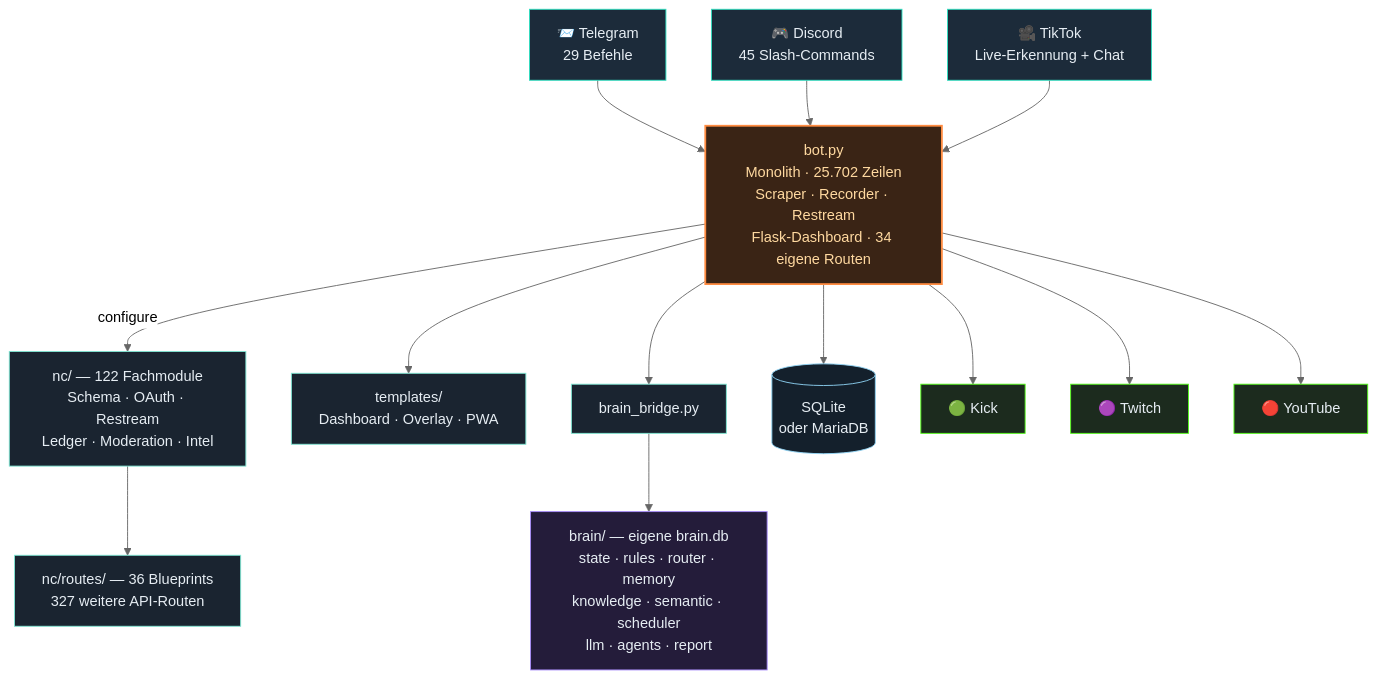
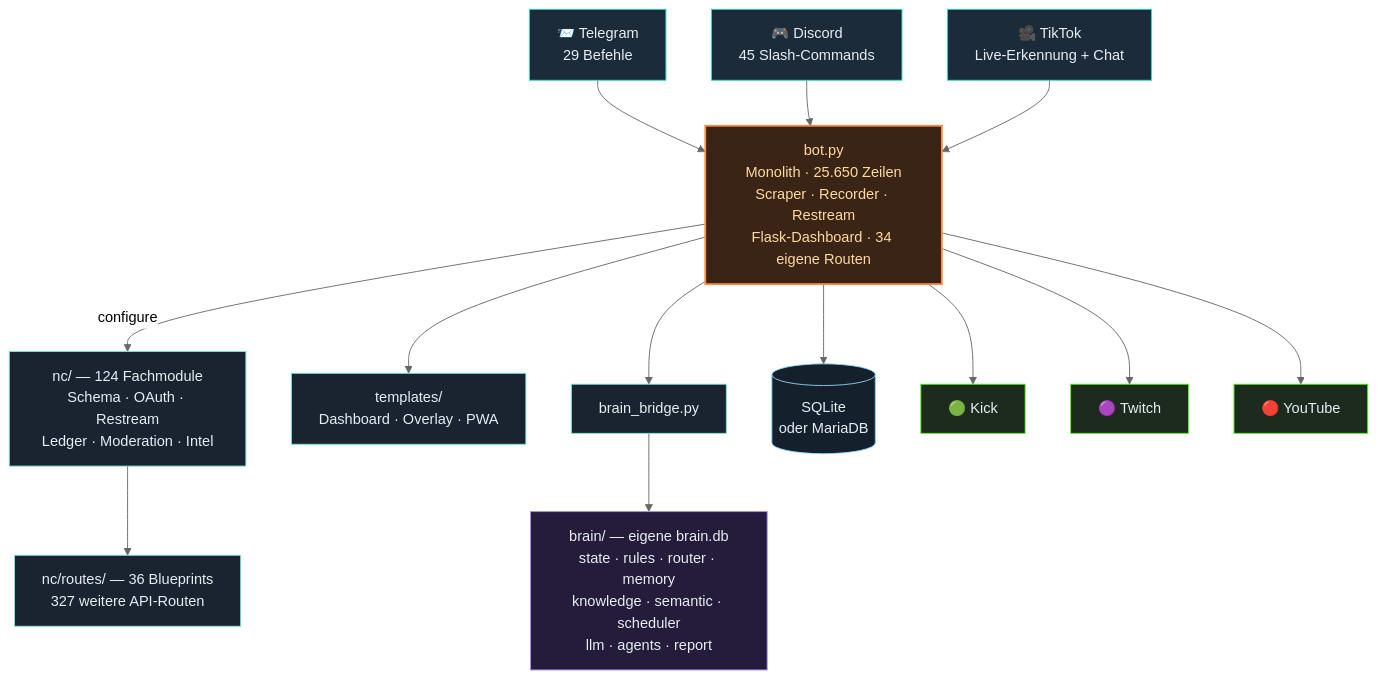
One commit to itsamemedev/Telegram-Stream-Info-Bot changed the third of 4 diagrams in README.md. Above: the diagram before and after it, drawn with Mermaid (neutral theme). The commit also changed other lines of this file and 9 other files, not shown here.

````diff
--- a/README.md
+++ b/README.md
@@ -189,30 +189,30 @@
 ```mermaid
 flowchart TB
     TG["📨 Telegram<br/>29 Befehle"]:::ein
     DC["🎮 Discord<br/>45 Slash-Commands"]:::ein
     TT["🎥 TikTok<br/>Live-Erkennung + Chat"]:::ein
 
     TG --> BOT
     DC --> BOT
     TT --> BOT
 
-    BOT["bot.py<br/>Monolith · 25.702 Zeilen<br/>Scraper · Recorder · Restream<br/>Flask-Dashboard · 34 eigene Routen"]:::core
+    BOT["bot.py<br/>Monolith · 25.650 Zeilen<br/>Scraper · Recorder · Restream<br/>Flask-Dashboard · 34 eigene Routen"]:::core
 
-    BOT -->|configure| NC["nc/ — 122 Fachmodule<br/>Schema · OAuth · Restream<br/>Ledger · Moderation · Intel"]:::lib
+    BOT -->|configure| NC["nc/ — 124 Fachmodule<br/>Schema · OAuth · Restream<br/>Ledger · Moderation · Intel"]:::lib
     NC --> RT["nc/routes/ — 36 Blueprints<br/>327 weitere API-Routen"]:::lib
     BOT --> TPL["templates/<br/>Dashboard · Overlay · PWA"]:::lib
     BOT --> BR["brain_bridge.py"]:::lib
     BR --> BRAIN["brain/ — eigene brain.db<br/>state · rules · router · memory<br/>knowledge · semantic · scheduler<br/>llm · agents · report"]:::brain
     BOT --> DB[("SQLite<br/>oder MariaDB")]:::db
 
     BOT --> KICK["🟢 Kick"]:::out
     BOT --> TW["🟣 Twitch"]:::out
     BOT --> YT["🔴 YouTube"]:::out
 
     classDef ein fill:#1c2b3a,stroke:#2de1c2,color:#e6edf3
     classDef core fill:#3a2415,stroke:#ff8c42,stroke-width:2px,color:#ffd9a0
     classDef lib fill:#1a2430,stroke:#7fe7d4,color:#e6edf3
     classDef brain fill:#241c3a,stroke:#a78bfa,color:#e6edf3
     classDef db fill:#14202c,stroke:#8fd3f4,color:#e6edf3
     classDef out fill:#1c2b1e,stroke:#53fc18,color:#e6edf3
 ```
````
